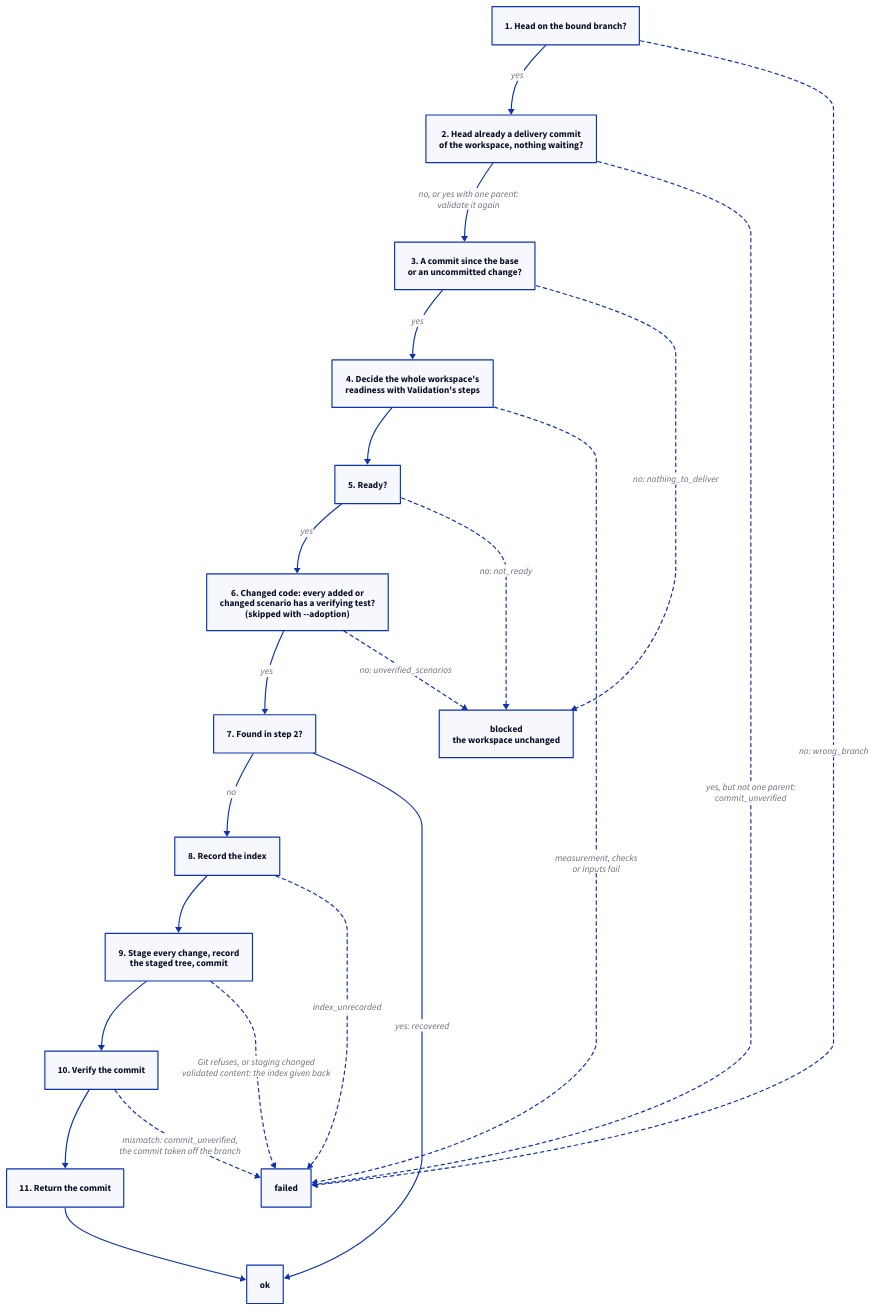
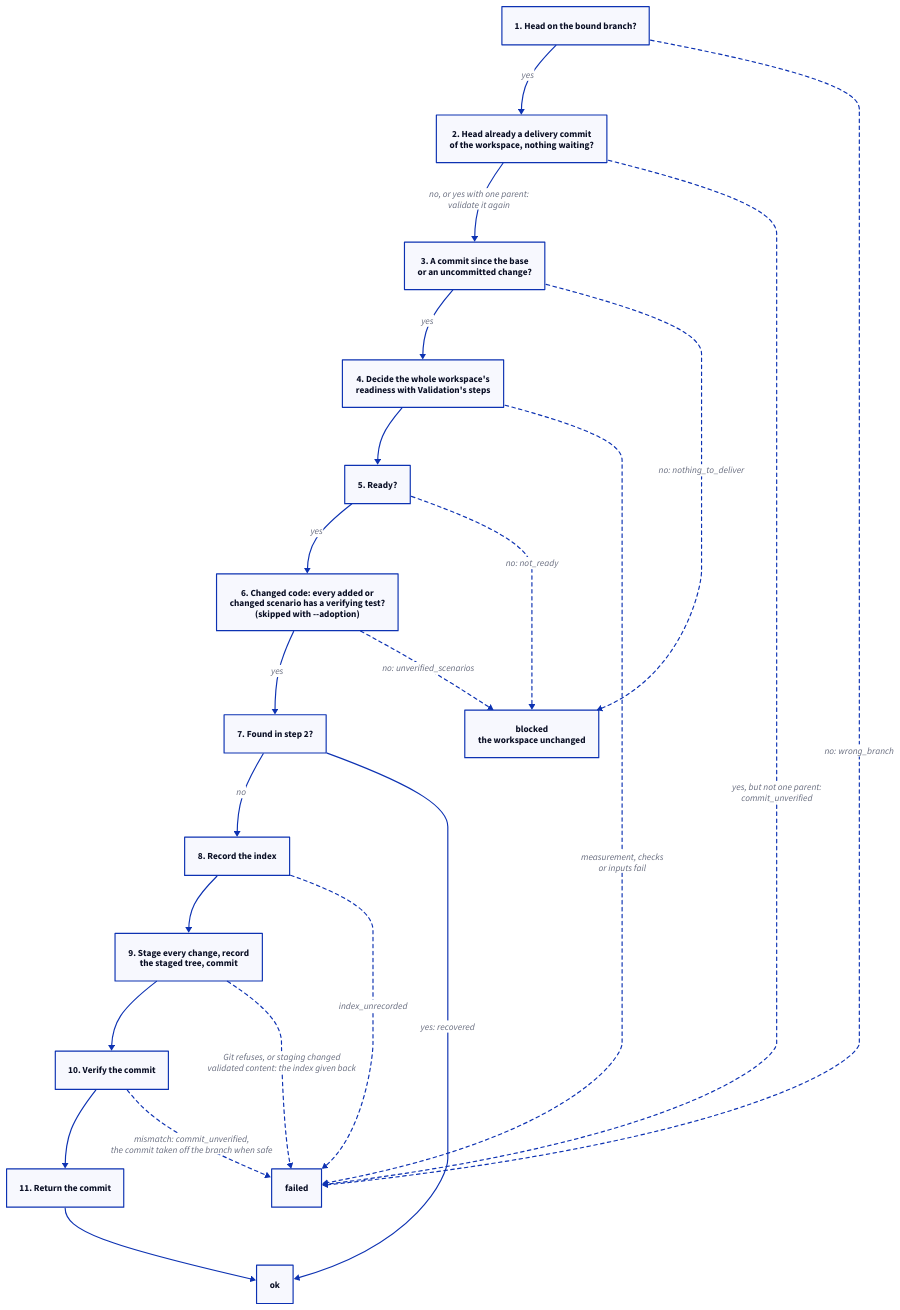
The diagram in specs/concorde/method/delivery/module.md (FTOD/concorde), drawn with D2 before and after one commit. The commit also changed other lines of this file and 8 other files, not shown here.

````diff
--- a/specs/concorde/method/delivery/module.md
+++ b/specs/concorde/method/delivery/module.md
@@ -85,35 +84,35 @@
 ```d2 illustrative
 direction: down
 branch: "1. Head on the bound branch?"
 found: "2. Head already a delivery commit\nof the workspace, nothing waiting?"
 work: "3. A commit since the base\nor an uncommitted change?"
 readiness: "4. Decide the whole workspace's\nreadiness with Validation's steps"
 ready: "5. Ready?"
 tests: "6. Changed code: every added or\nchanged scenario has a verifying test?\n(skipped with --adoption)"
 reported: "7. Found in step 2?"
 index: "8. Record the index"
 commit: "9. Stage every change, record\nthe staged tree, commit"
 verify: "10. Verify the commit"
 output: "11. Return the commit"
 ok: "ok"
 blocked: "blocked\nthe workspace unchanged"
 failed: "failed"
 branch -> found: yes
 found -> work: "no, or yes with one parent:\nvalidate it again"
 work -> readiness: yes
 readiness -> ready
 ready -> tests: yes
 tests -> reported: yes
 reported -> index: no
 index -> commit -> verify -> output -> ok
 reported -> ok: "yes: recovered"
 found -> failed: "yes, but not one parent:\ncommit_unverified" {style.stroke-dash: 3}
 branch -> failed: "no: wrong_branch" {style.stroke-dash: 3}
 work -> blocked: "no: nothing_to_deliver" {style.stroke-dash: 3}
 readiness -> failed: "measurement, checks\nor inputs fail" {style.stroke-dash: 3}
 ready -> blocked: "no: not_ready" {style.stroke-dash: 3}
 tests -> blocked: "no: unverified_scenarios" {style.stroke-dash: 3}
 index -> failed: "index_unrecorded" {style.stroke-dash: 3}
 commit -> failed: "Git refuses, or staging changed\nvalidated content: the index given back" {style.stroke-dash: 3}
-verify -> failed: "mismatch: commit_unverified,\nthe commit taken off the branch" {style.stroke-dash: 3}
+verify -> failed: "mismatch: commit_unverified,\nthe commit taken off the branch when safe" {style.stroke-dash: 3}
 ```
````
